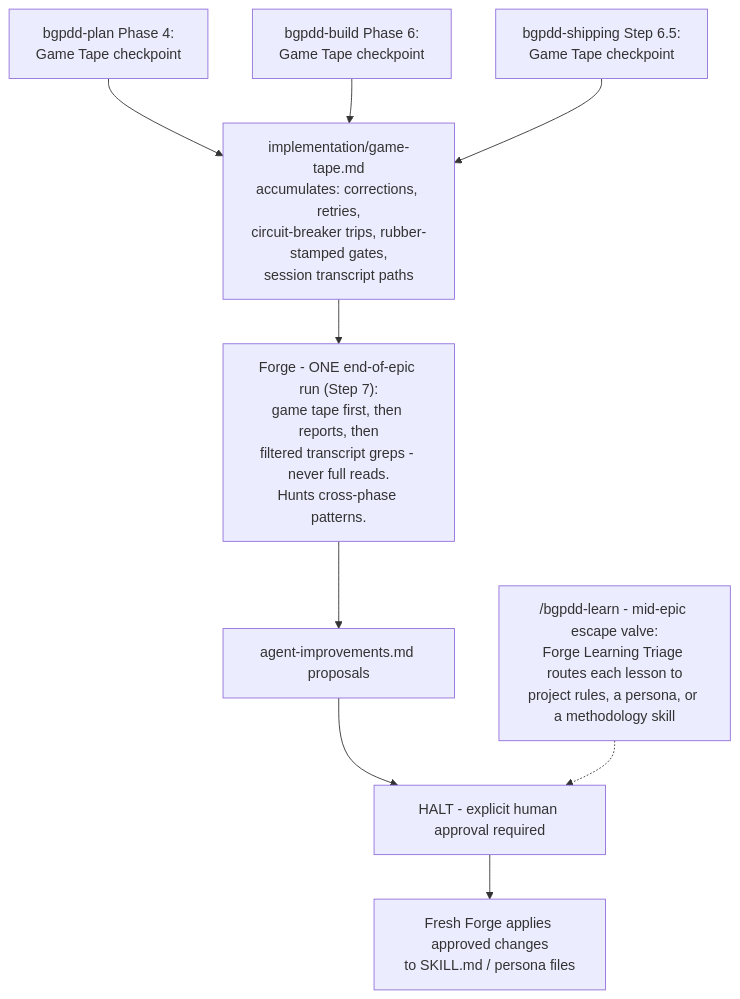
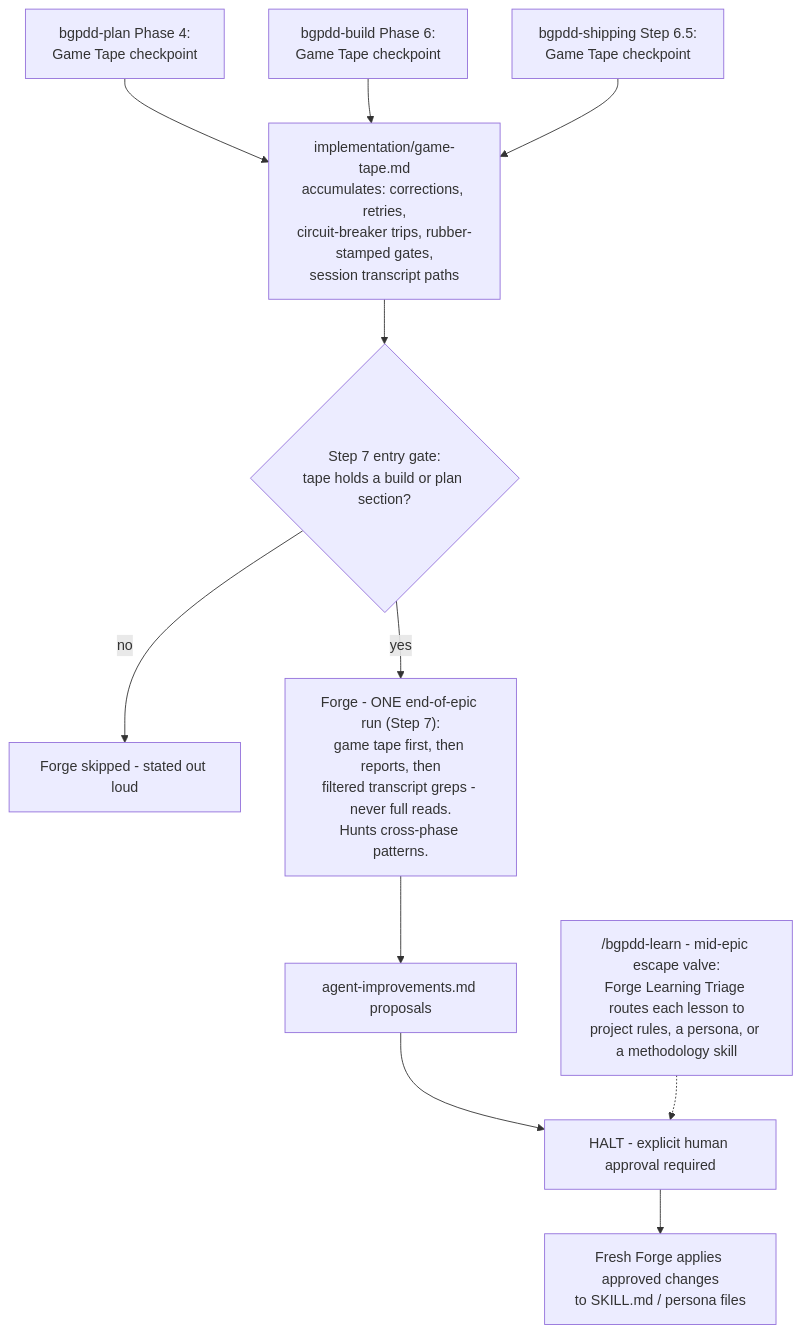
One commit to MuhammadShaharyarNaeem/blackgoat-agentskills changed the seventh of 7 diagrams in README.md. Above: the diagram before and after it, drawn with Mermaid. The commit also changed other lines of this file and 23 other files, not shown here.

````diff
--- a/README.md
+++ b/README.md
@@ -333,11 +338,13 @@
 ```mermaid
 flowchart TD
     P1["bgpdd-plan Phase 4:<br/>Game Tape checkpoint"] --> GT["implementation/game-tape.md<br/>accumulates: corrections, retries,<br/>circuit-breaker trips, rubber-stamped gates,<br/>session transcript paths"]
     P2["bgpdd-build Phase 6:<br/>Game Tape checkpoint"] --> GT
     P3["bgpdd-shipping Step 6.5:<br/>Game Tape checkpoint"] --> GT
-    GT --> F["Forge - ONE end-of-epic run (Step 7):<br/>game tape first, then reports, then<br/>filtered transcript greps - never full reads.<br/>Hunts cross-phase patterns."]
+    GT --> FG{"Step 7 entry gate:<br/>tape holds a build or plan section?"}
+    FG -- "no" --> FSKIP["Forge skipped - stated out loud"]
+    FG -- "yes" --> F["Forge - ONE end-of-epic run (Step 7):<br/>game tape first, then reports, then<br/>filtered transcript greps - never full reads.<br/>Hunts cross-phase patterns."]
     F --> PR["agent-improvements.md proposals"]
     PR --> HA["HALT - explicit human approval required"]
     HA --> AP["Fresh Forge applies approved changes<br/>to SKILL.md / persona files"]
     LN["/bgpdd-learn - mid-epic escape valve:<br/>Forge Learning Triage routes each lesson to<br/>project rules, a persona, or a methodology skill"] -.-> HA
 ```
````
